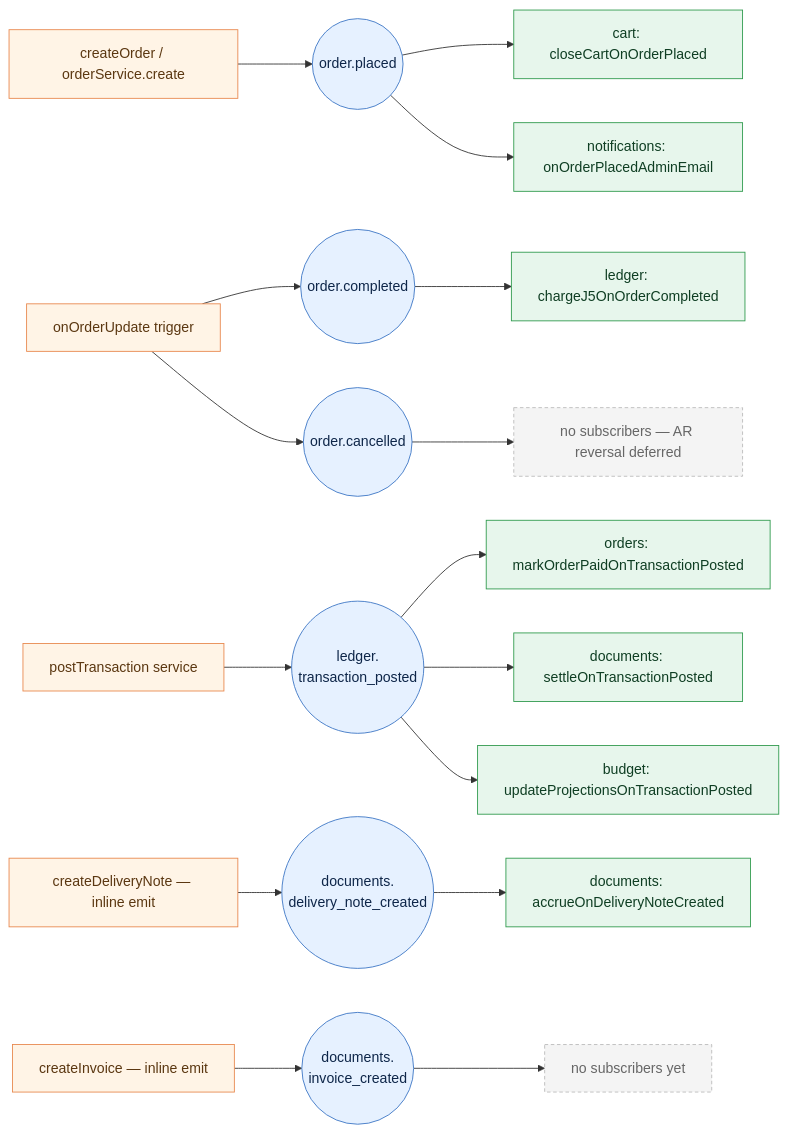
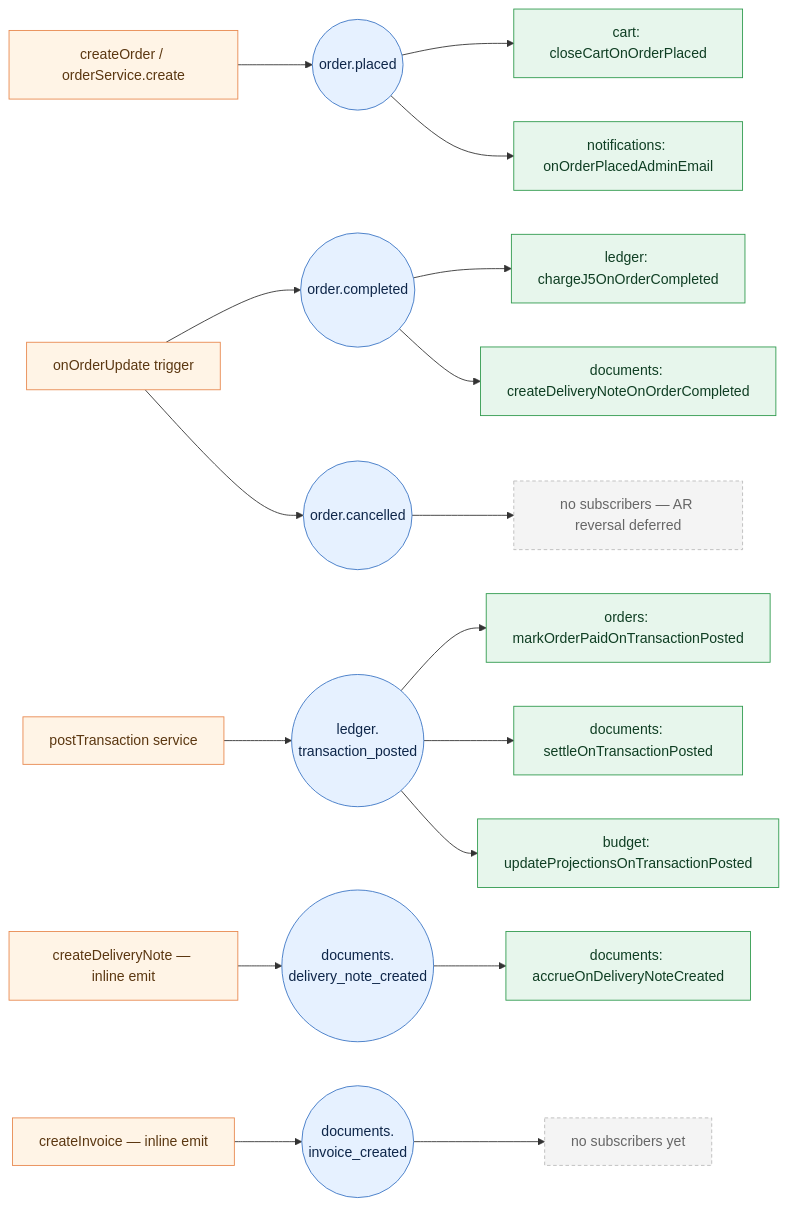
The diagram in apps/docs/docs/architecture/event-system.md (jsdev-ninja/stores), drawn with Mermaid before and after one commit. The commit also changed other lines of this file and 3 other files, not shown here.

Commit message:
feat: implement external payment flow via createDeliveryNoteOnOrderCompleted subscriber and update event system documentation

````diff
--- a/apps/docs/docs/architecture/event-system.md
+++ b/apps/docs/docs/architecture/event-system.md
@@ -30,55 +30,57 @@
 ```mermaid
 graph LR
   %% emitters
   E1[createOrder / orderService.create]
   E2[onOrderUpdate trigger]
   E4[postTransaction service]
   E5[createDeliveryNote — inline emit]
   E6[createInvoice — inline emit]
 
   %% events
   OP(("order.placed"))
   OCMP(("order.completed"))
   OC(("order.cancelled"))
   TP(("ledger.<br/>transaction_posted"))
   DNC(("documents.<br/>delivery_note_created"))
   IC(("documents.<br/>invoice_created"))
 
   %% subscribers
   S1[cart: closeCartOnOrderPlaced]
   S2[notifications: onOrderPlacedAdminEmail]
   SJ[ledger: chargeJ5OnOrderCompleted]
+  SD[documents: createDeliveryNoteOnOrderCompleted]
   S5[orders: markOrderPaidOnTransactionPosted]
   S6[documents: settleOnTransactionPosted]
   S7[budget: updateProjectionsOnTransactionPosted]
   S8[documents: accrueOnDeliveryNoteCreated]
   N1[no subscribers — AR reversal deferred]
   N2[no subscribers yet]
 
   E1 --> OP
   E2 --> OCMP
   E2 --> OC
   E4 --> TP
   E5 --> DNC
   E6 --> IC
 
   OP --> S1
   OP --> S2
   OCMP --> SJ
+  OCMP --> SD
   OC --> N1
   TP --> S5
   TP --> S6
   TP --> S7
   DNC --> S8
   IC --> N2
 
   classDef emitter fill:#fff4e6,stroke:#e8884e,color:#5b3711
   classDef event fill:#e6f1ff,stroke:#3b75c4,color:#0e2649
   classDef subscriber fill:#e7f6ec,stroke:#2f9a4d,color:#0f3e23
   classDef none fill:#f4f4f4,stroke:#bbb,stroke-dasharray:4 3,color:#666
 
   class E1,E2,E4,E5,E6 emitter
   class OP,OCMP,OC,TP,DNC,IC event
-  class S1,S2,SJ,S5,S6,S7,S8 subscriber
+  class S1,S2,SJ,SD,S5,S6,S7,S8 subscriber
   class N1,N2 none
 ```
````
